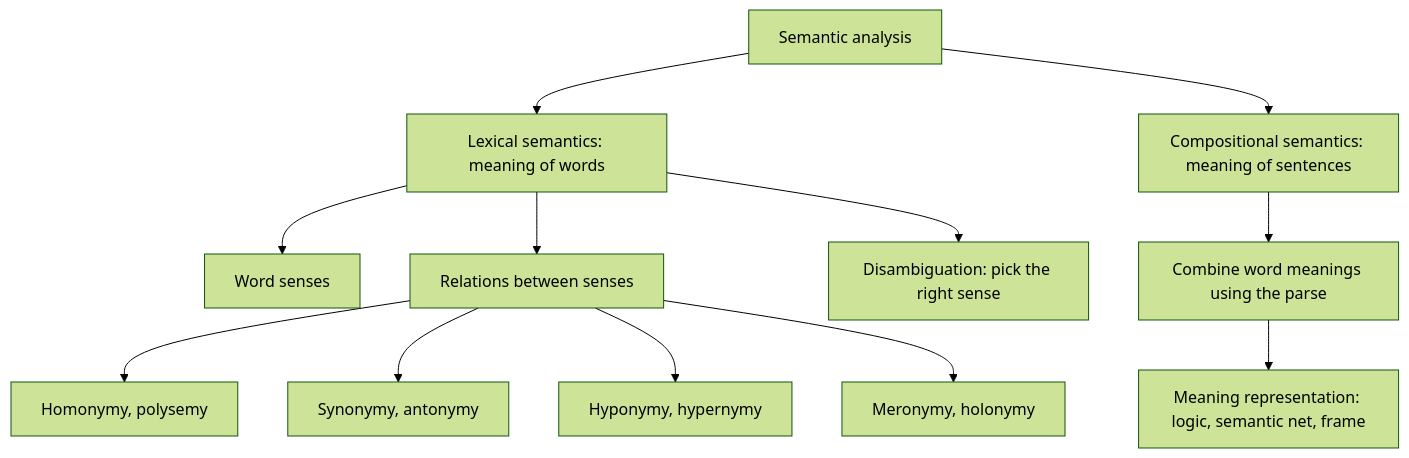
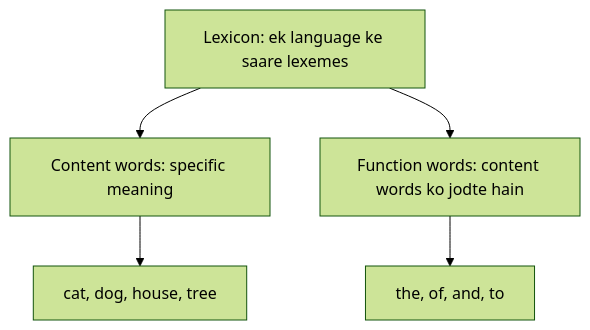
Before and after one commit to TrendySloth1001/sem-seven-notes: the first of 6 diagrams in content/natural-language-processing/notes/lexical-semantics.hi.mdx, drawn with Mermaid (forest theme). The commit also changed other lines of this file and 406 other files, not shown here.

````diff
--- a/content/natural-language-processing/notes/lexical-semantics.hi.mdx
+++ b/content/natural-language-processing/notes/lexical-semantics.hi.mdx
@@ -71,15 +33,8 @@
 ```mermaid
-%% caption: Semantic analysis ke parts. Left branch (lexical semantics) is note ka focus hai; right branch sentence meaning banati hai aur meaning representation par khatam hoti hai.
+%% caption: Lexicon aur uske andar do kisam ke lexemes.
 flowchart TD
-  S["Semantic analysis"] --> L["Lexical semantics: meaning of words"]
-  S --> C["Compositional semantics: meaning of sentences"]
-  L --> L1["Word senses"]
-  L --> L2["Relations between senses"]
-  L --> L3["Disambiguation: pick the right sense"]
-  L2 --> R1["Homonymy, polysemy"]
-  L2 --> R2["Synonymy, antonymy"]
-  L2 --> R3["Hyponymy, hypernymy"]
-  L2 --> R4["Meronymy, holonymy"]
-  C --> C1["Combine word meanings using the parse"]
-  C1 --> C2["Meaning representation: logic, semantic net, frame"]
+  A["Lexicon: ek language ke saare lexemes"] --> B["Content words: specific meaning"]
+  A --> C["Function words: content words ko jodte hain"]
+  B --> B1["cat, dog, house, tree"]
+  C --> C1["the, of, and, to"]
 ```
````
